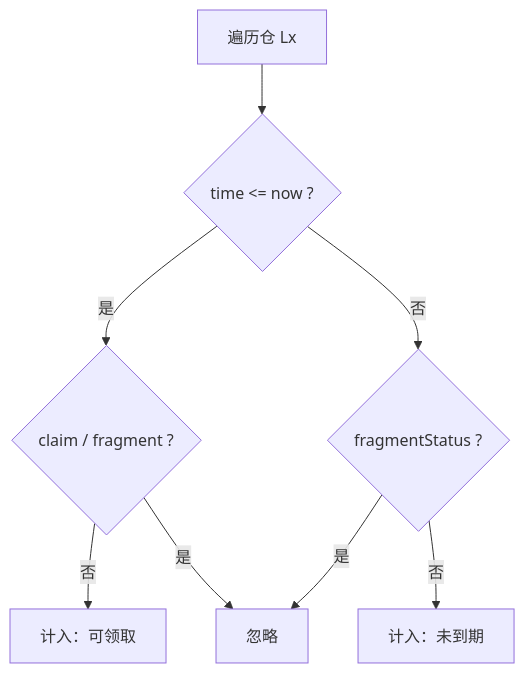
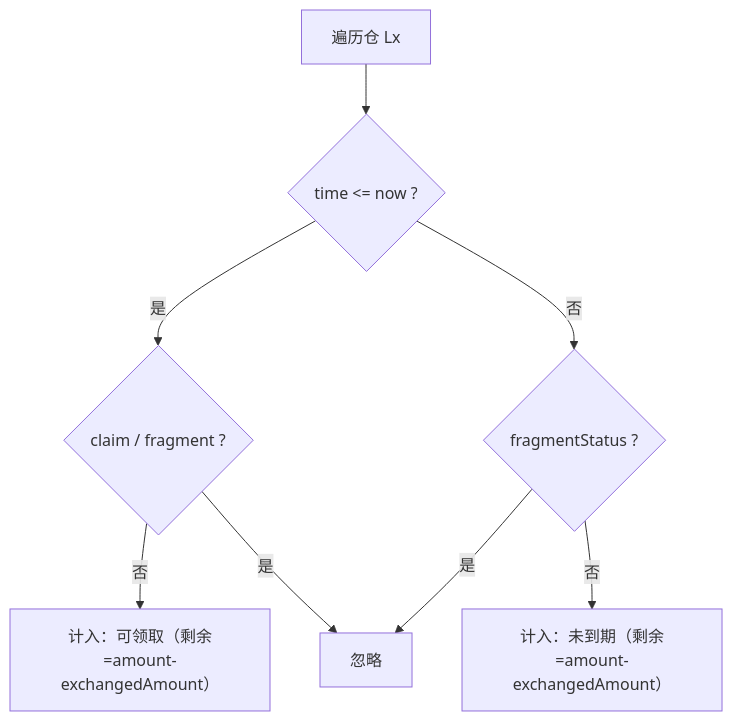
The fifth of 6 diagrams in Document/air.md (WeToolX/rabnbserver), drawn with Mermaid before and after one commit. The commit also changed other lines of this file and 5 other files, not shown here.

````diff
--- a/Document/air.md
+++ b/Document/air.md
@@ -418,10 +420,10 @@
 ```mermaid
 flowchart TD
     A["遍历仓 Lx"] --> B{"time <= now ?"}
     B -- "是" --> C{"claim / fragment ?"}
-    C -- "否" --> D["计入：可领取"]
+    C -- "否" --> D["计入：可领取（剩余=amount-exchangedAmount）"]
     C -- "是" --> E["忽略"]
     B -- "否" --> F{"fragmentStatus ?"}
-    F -- "否" --> G["计入：未到期"]
+    F -- "否" --> G["计入：未到期（剩余=amount-exchangedAmount）"]
     F -- "是" --> E
 ```
````
